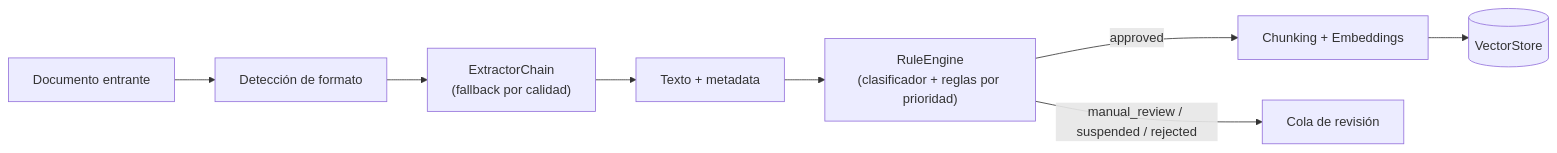
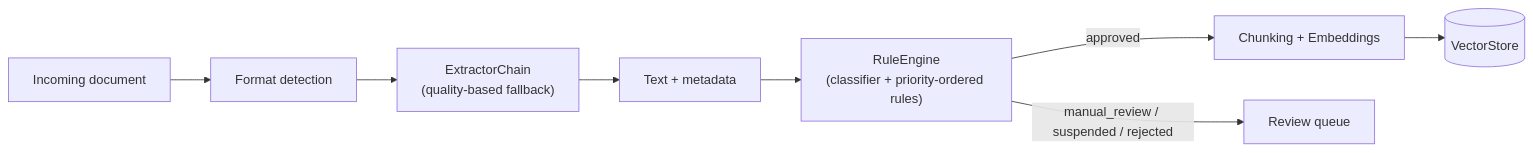
Before and after one commit to josefinasolisb/rag-agent-blueprint: the first of 2 diagrams in docs/architecture.md, drawn with Mermaid. The commit also changed other lines of this file and 85 other files, not shown here.

````diff
--- a/docs/architecture.md
+++ b/docs/architecture.md
@@ -9,10 +10,10 @@
 ```mermaid
 flowchart LR
-    U[Documento entrante] --> D[Detección de formato]
-    D --> E["ExtractorChain\n(fallback por calidad)"]
-    E --> T[Texto + metadata]
-    T --> M["RuleEngine\n(clasificador + reglas por prioridad)"]
+    U[Incoming document] --> D[Format detection]
+    D --> E["ExtractorChain\n(quality-based fallback)"]
+    E --> T[Text + metadata]
+    T --> M["RuleEngine\n(classifier + priority-ordered rules)"]
     M -->|approved| I[Chunking + Embeddings]
-    M -->|manual_review / suspended / rejected| H[Cola de revisión]
+    M -->|manual_review / suspended / rejected| H[Review queue]
     I --> V[(VectorStore)]
 ```
````
